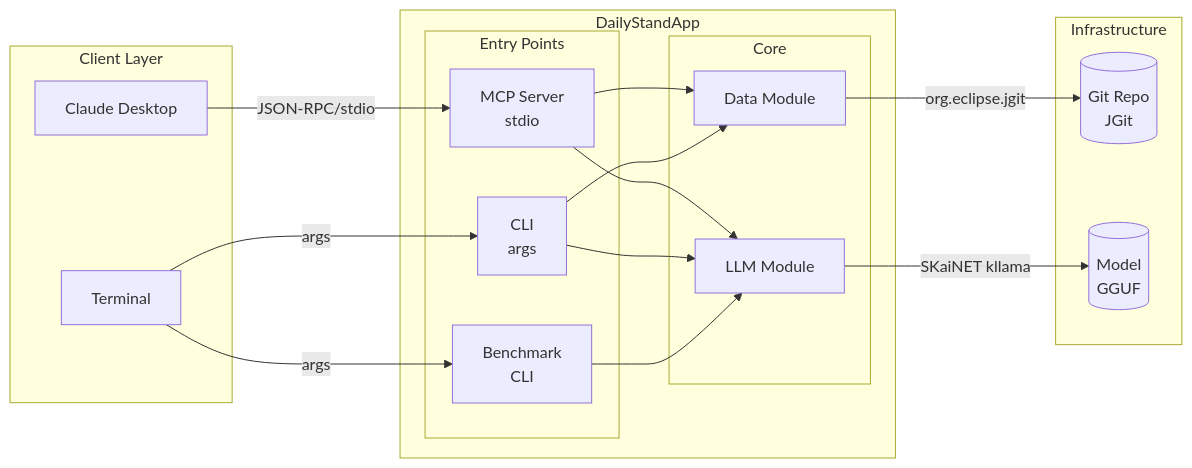
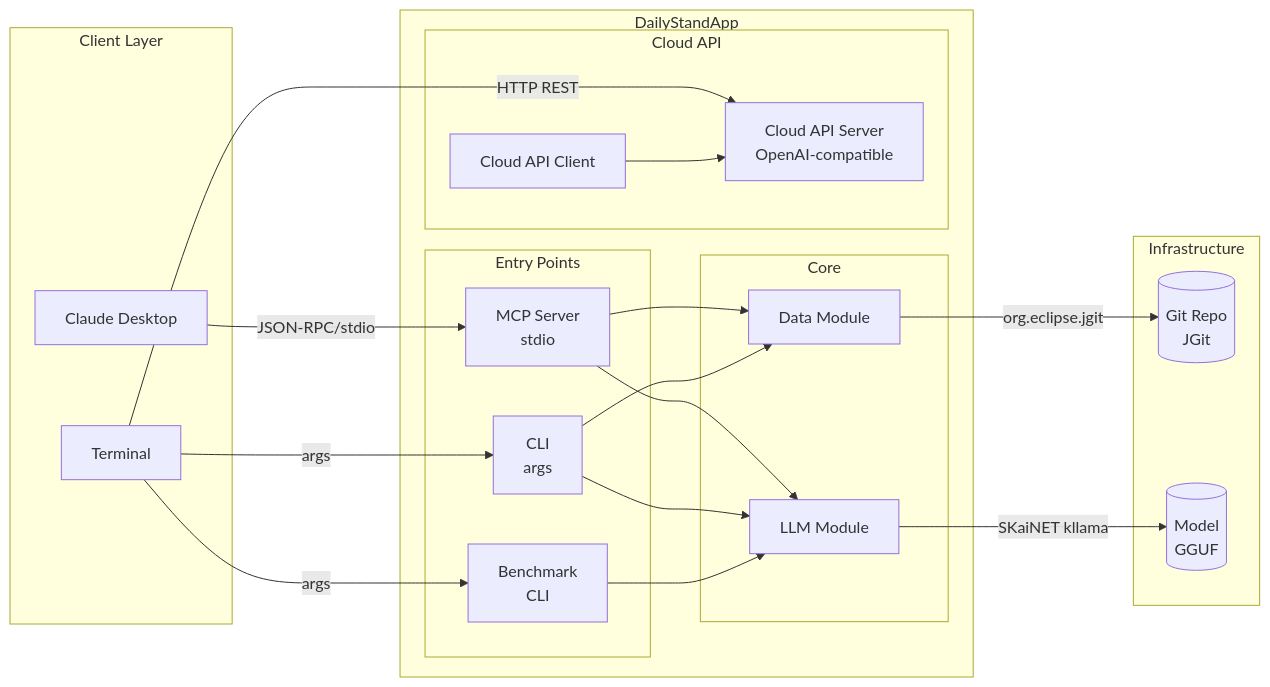
The second of 3 diagrams in docs/modules/architecture/pages/03-context-scope.adoc (michalharakal/Daily-StandAPP), drawn with Mermaid before and after one commit. The commit also changed other lines of this file and 7 other files, not shown here.

First line of the commit message:
Update arc42 architecture docs to include cloud-api module

```diff
--- a/docs/modules/architecture/pages/03-context-scope.adoc
+++ b/docs/modules/architecture/pages/03-context-scope.adoc
@@ -66,39 +70,46 @@
 [mermaid]
 ----
 flowchart LR
     subgraph "Client Layer"
         CLAUDE[Claude Desktop]
         TERMINAL[Terminal]
     end
 
     subgraph "DailyStandApp"
         subgraph "Entry Points"
             MCP[MCP Server<br/>stdio]
             CLI[CLI<br/>args]
             BENCH[Benchmark<br/>CLI]
         end
 
         subgraph "Core"
             LLM[LLM Module]
             DATA[Data Module]
         end
+
+        subgraph "Cloud API"
+            APISERVER[Cloud API Server<br/>OpenAI-compatible]
+            APICLIENT[Cloud API Client]
+        end
     end
 
     subgraph "Infrastructure"
         GIT[(Git Repo<br/>JGit)]
         GGUF[(Model<br/>GGUF)]
     end
 
     CLAUDE -->|"JSON-RPC/stdio"| MCP
     TERMINAL -->|"args"| CLI
     TERMINAL -->|"args"| BENCH
+    TERMINAL -->|"HTTP REST"| APISERVER
 
     MCP --> LLM
     MCP --> DATA
     CLI --> LLM
     CLI --> DATA
     BENCH --> LLM
+    APICLIENT --> APISERVER
 
     DATA -->|"org.eclipse.jgit"| GIT
     LLM -->|"SKaiNET kllama"| GGUF
 ----
```
